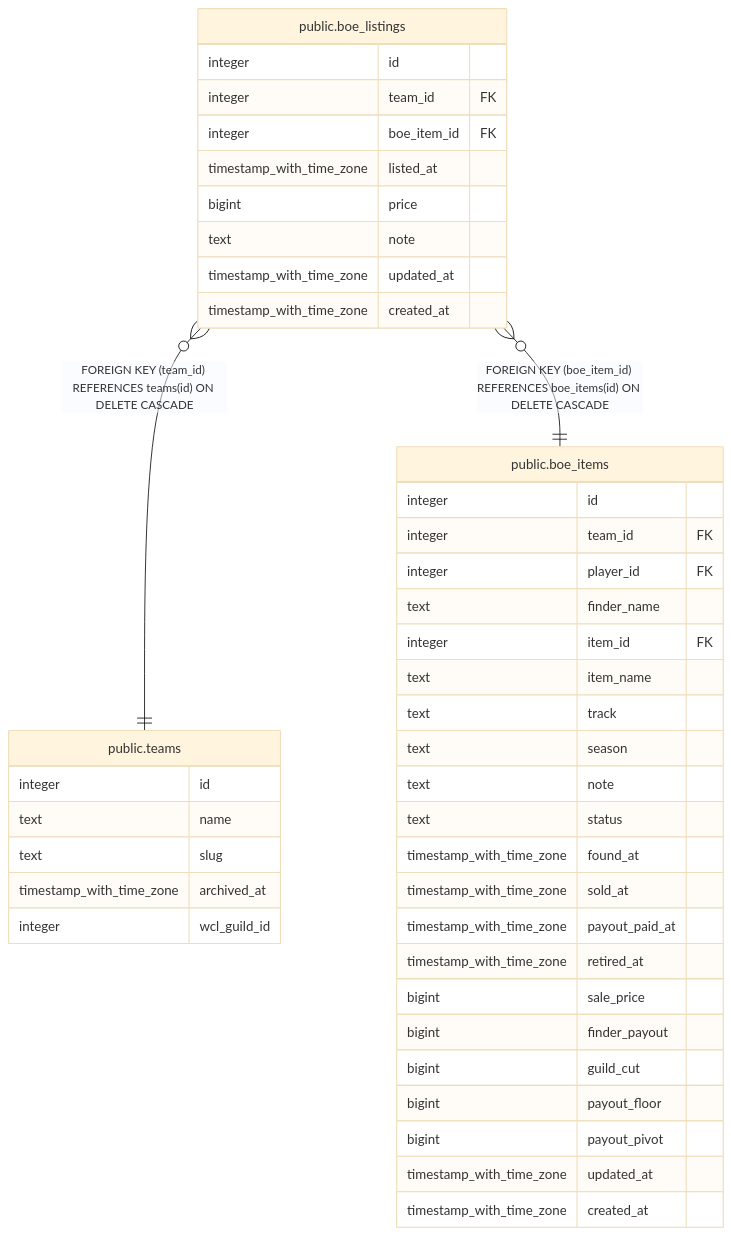
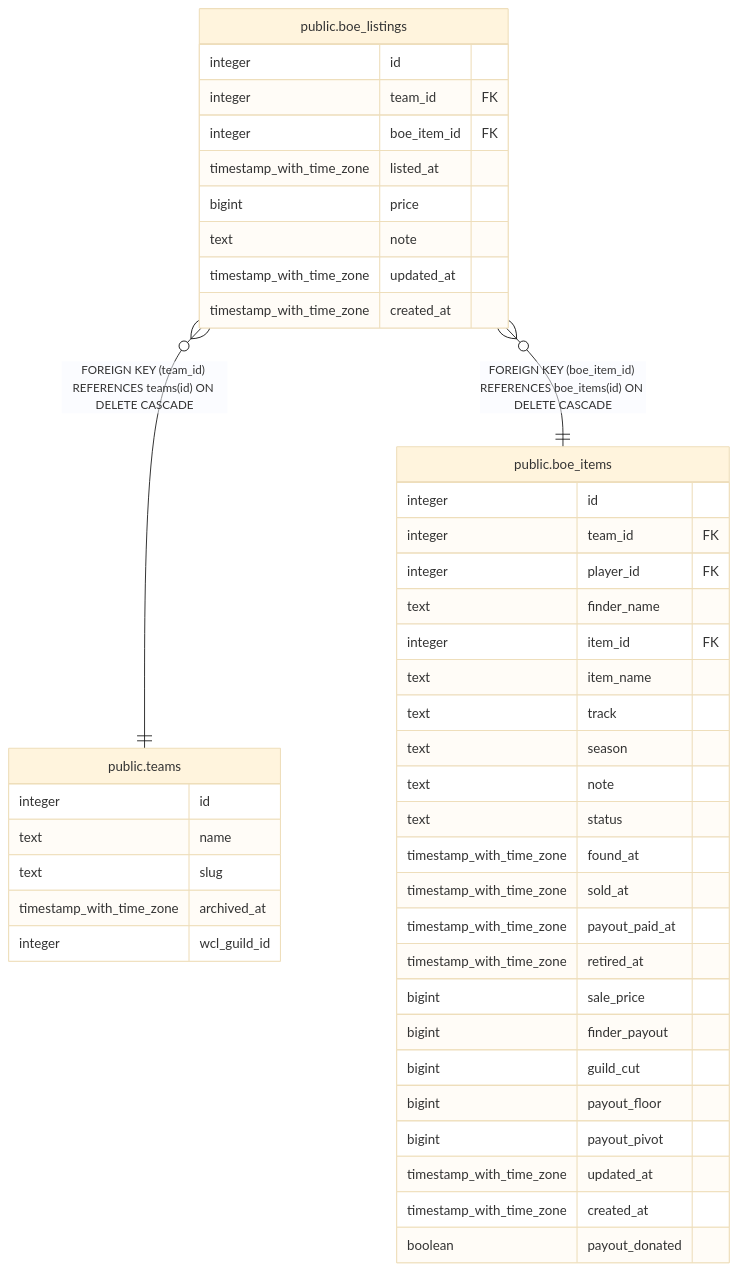
Before and after one commit to katogaming88/Phoenix-Roster: the diagram in dbdoc/public.boe_listings.md, drawn with Mermaid (base theme). The commit also changed 25 other files, not shown here.

````diff
--- a/dbdoc/public.boe_listings.md
+++ b/dbdoc/public.boe_listings.md
@@ -41,47 +41,48 @@
 ```mermaid
 erDiagram
 
 "public.boe_listings" }o--|| "public.teams" : "FOREIGN KEY (team_id) REFERENCES teams(id) ON DELETE CASCADE"
 "public.boe_listings" }o--|| "public.boe_items" : "FOREIGN KEY (boe_item_id) REFERENCES boe_items(id) ON DELETE CASCADE"
 
 "public.boe_listings" {
   integer id
   integer team_id FK
   integer boe_item_id FK
   timestamp_with_time_zone listed_at
   bigint price
   text note
   timestamp_with_time_zone updated_at
   timestamp_with_time_zone created_at
 }
 "public.teams" {
   integer id
   text name
   text slug
   timestamp_with_time_zone archived_at
   integer wcl_guild_id
 }
 "public.boe_items" {
   integer id
   integer team_id FK
   integer player_id FK
   text finder_name
   integer item_id FK
   text item_name
   text track
   text season
   text note
   text status
   timestamp_with_time_zone found_at
   timestamp_with_time_zone sold_at
   timestamp_with_time_zone payout_paid_at
   timestamp_with_time_zone retired_at
   bigint sale_price
   bigint finder_payout
   bigint guild_cut
   bigint payout_floor
   bigint payout_pivot
   timestamp_with_time_zone updated_at
   timestamp_with_time_zone created_at
+  boolean payout_donated
 }
 ```
````
